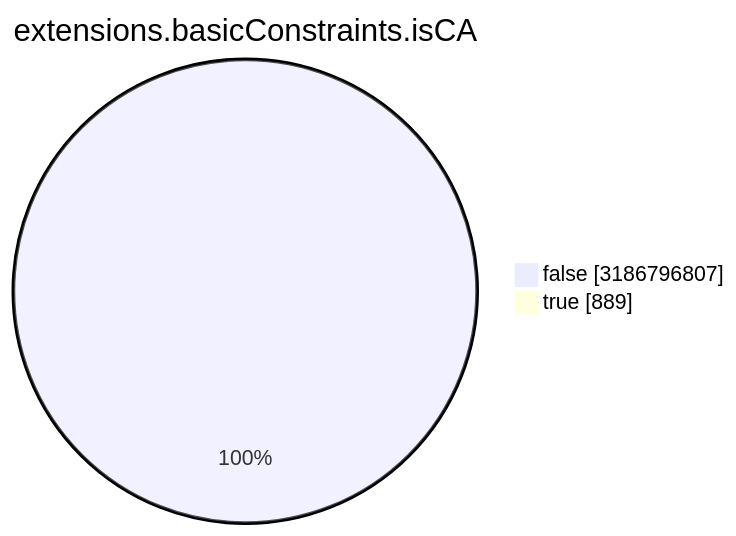
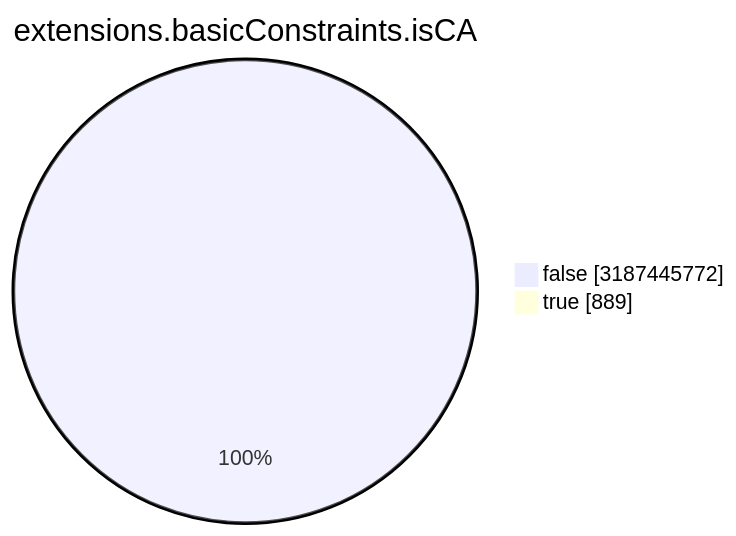
One commit to christiankrug/ctmonitor_visualization changed the seventh of 15 diagrams in TOTAL/README.md. Above: the diagram before and after it, drawn with Mermaid. The commit also changed other lines of this file, not shown here.

````diff
--- a/TOTAL/README.md
+++ b/TOTAL/README.md
@@ -3088,6 +3088,6 @@
 ```mermaid
 pie showData
 title extensions.basicConstraints.isCA
-"false" :3186796807
+"false" :3187445772
 "true" :889
 ```
````
